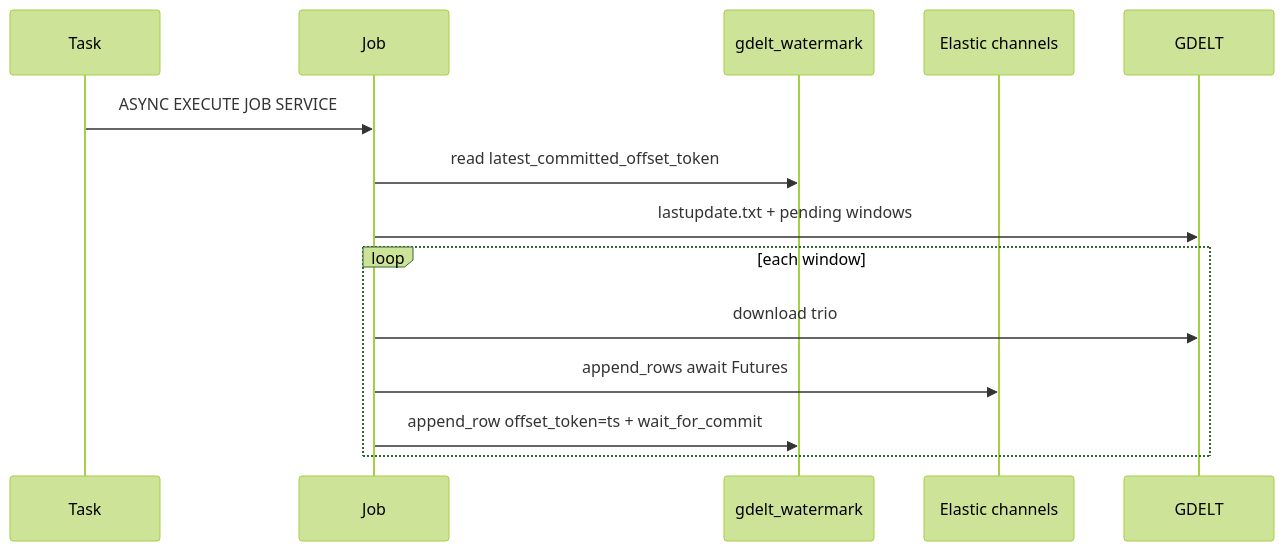
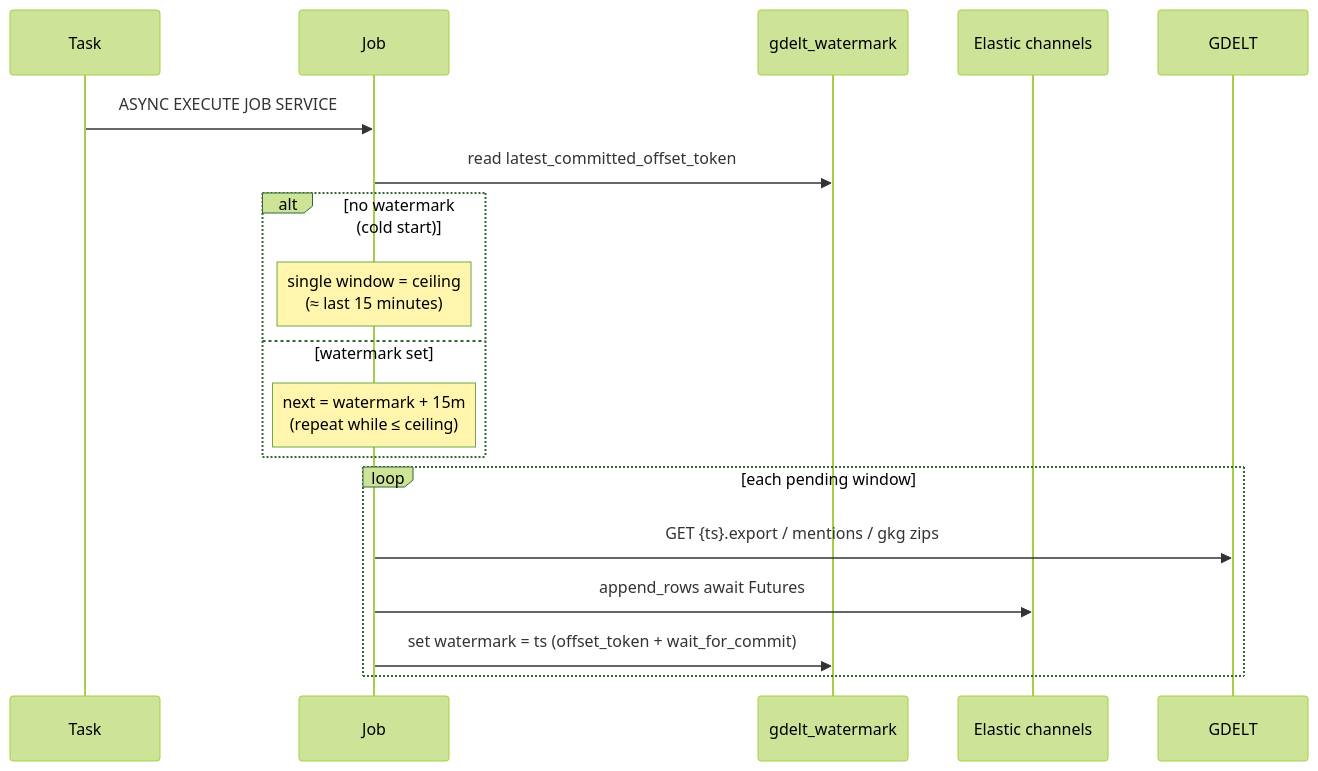
One commit to sfc-gh-bculberson/snowcat-streaming_gdelt changed the third of 3 diagrams in README.md. Above: the diagram before and after it, drawn with Mermaid (forest theme). The commit also changed other lines of this file and 11 other files, not shown here.

````diff
--- a/README.md
+++ b/README.md
@@ -34,17 +52,21 @@
 ```mermaid
 sequenceDiagram
   participant Task
   participant Job
   participant WM as gdelt_watermark
   participant EC as Elastic channels
   participant GDELT
 
   Task->>Job: ASYNC EXECUTE JOB SERVICE
   Job->>WM: read latest_committed_offset_token
-  Job->>GDELT: lastupdate.txt + pending windows
-  loop each window
-    Job->>GDELT: download trio
+  alt no watermark (cold start)
+    Note over Job: single window = ceiling<br/>(≈ last 15 minutes)
+  else watermark set
+    Note over Job: next = watermark + 15m<br/>(repeat while ≤ ceiling)
+  end
+  loop each pending window
+    Job->>GDELT: GET {ts}.export / mentions / gkg zips
     Job->>EC: append_rows await Futures
-    Job->>WM: append_row offset_token=ts + wait_for_commit
+    Job->>WM: set watermark = ts (offset_token + wait_for_commit)
   end
 ```
````
